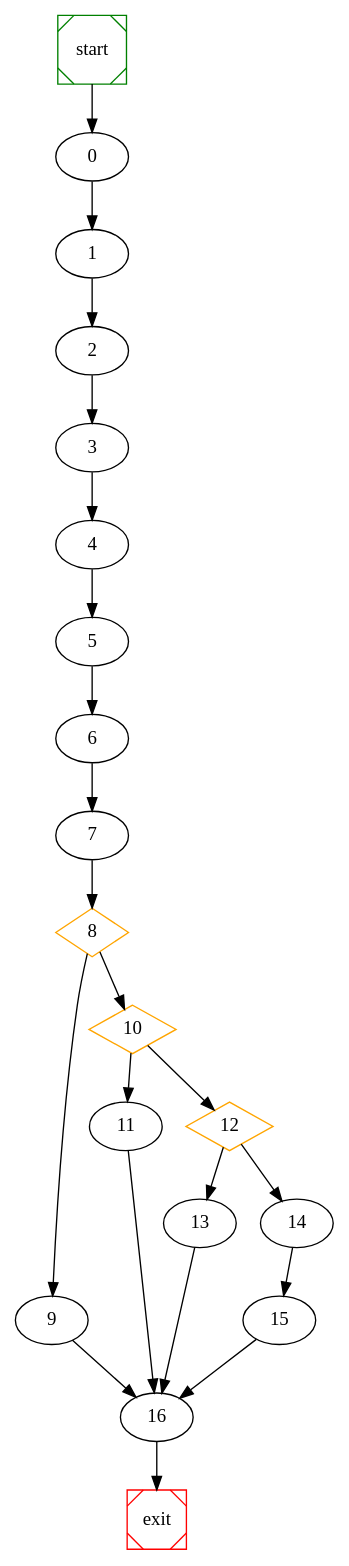
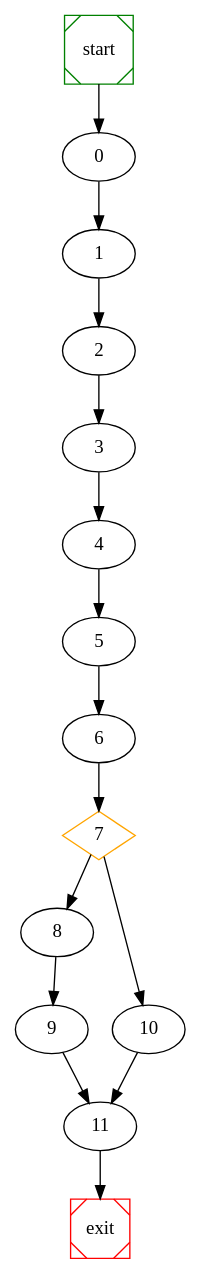
One commit to NabeelQaiser/BTP_2k18-19 changed the diagram in cnf/raw_graph.dot. Above: the diagram before and after it, drawn with Graphviz. The commit also changed 7 other files, not shown here.

```diff
--- a/cnf/raw_graph.dot
+++ b/cnf/raw_graph.dot
@@ -1,31 +1,22 @@
 # dot file created at runtime
 
 digraph G {
 	start -> 0;
 	0 -> 1 ;
 	1 -> 2 ;
 	2 -> 3 ;
 	3 -> 4 ;
 	4 -> 5 ;
 	5 -> 6 ;
+	7 [shape=diamond, color=orange] ;
+	8 -> 9 ;
+	7 -> 8 ;
+	7 -> 10 ;
 	6 -> 7 ;
-	8 [shape=diamond, color=orange] ;
-	8 -> 9 ;
-	10 [shape=diamond, color=orange] ;
-	8 -> 10 ;
+	9 -> 11 ;
 	10 -> 11 ;
-	12 [shape=diamond, color=orange] ;
-	10 -> 12 ;
-	12 -> 13 ;
-	14 -> 15 ;
-	12 -> 14 ;
-	7 -> 8 ;
-	15 -> 16 ;
-	9 -> 16 ;
-	11 -> 16 ;
-	13 -> 16 ;
-	16 -> exit;
+	11 -> exit;
 
 	start [shape=Msquare, color=green];
 	exit [shape=Msquare, color=red];
 }
```
